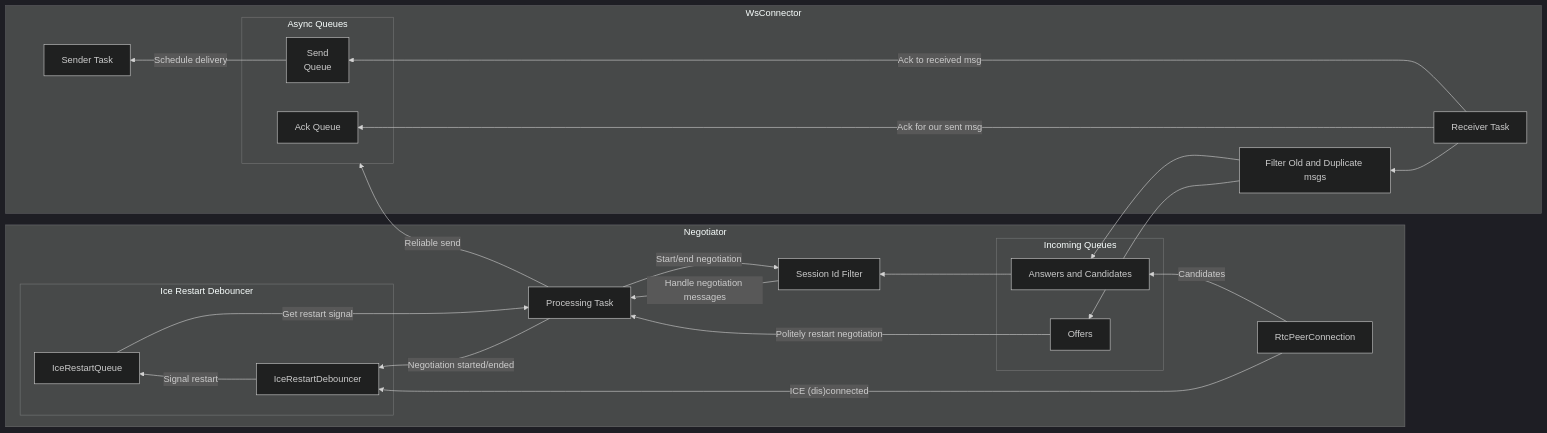
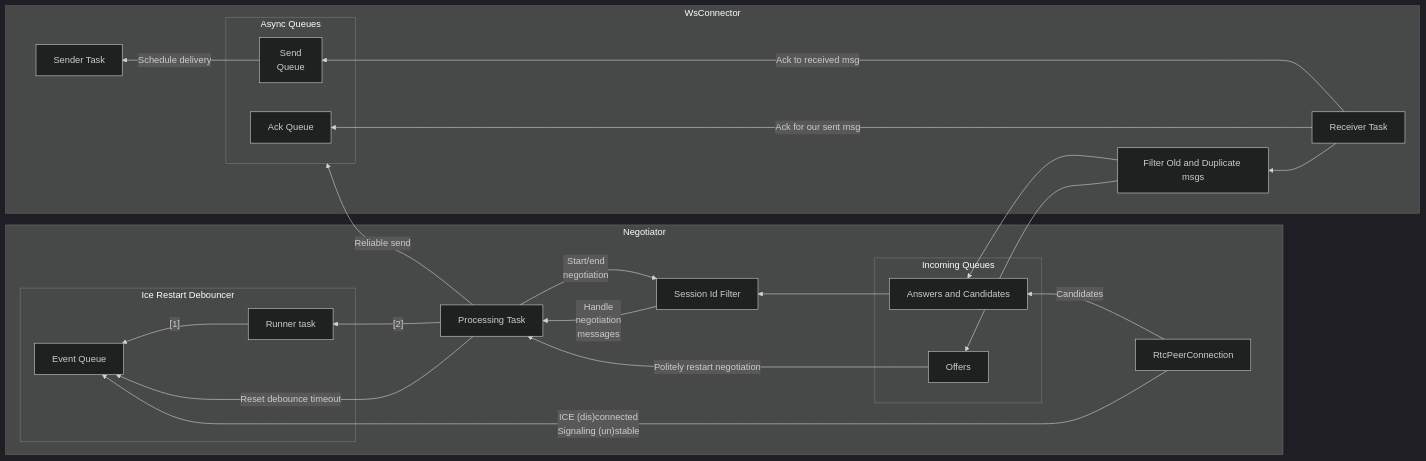
Before and after one commit to vk-swd/vamp: the fourth of 5 diagrams in src-tauri/rtc/memo.md, drawn with Mermaid (dark theme). The commit also changed other lines of this file, not shown here.

Commit message:
negotiator flwochart update

````diff
--- a/src-tauri/rtc/memo.md
+++ b/src-tauri/rtc/memo.md
@@ -144,47 +144,49 @@
 ```mermaid
 flowchart RL
     subgraph Block1["Negotiator"]
         subgraph IQ["Incoming Queues"]
             A1["Answers and Candidates"]
             A12["Offers"]
         end
         A2["Processing Task"]
         subgraph Db["Ice Restart Debouncer"]
-            A11["IceRestartQueue"]
-            A22["IceRestartDebouncer"]
+            A11["Runner task"]
+            A22["Event Queue"]
         end
         A3["Session Id Filter"]
         A4["RtcPeerConnection"]
 
         A12 -->|Politely restart negotiation| A2
         A4 -->|Candidates| A1
         A1 -->A3
-        A3 -->|Handle negotiation messages| A2
-        A4 -->|"ICE (dis)connected"| A22
-        A2 -->|"Negotiation started/ended"| A22
-        A22 -->|"Signal restart"| A11
-        A11--> |"Get restart signal"| A2
-        A2 -->|Start/end negotiation| A3
+        A3 -->|Handle<br>negotiation<br>messages| A2
+        A4 -->|"ICE (dis)connected <br> Signaling (un)stable"| A22
+
+        A2 -->|"Reset debounce timeout"| A22
+
+        A11 --> |"[1]"| A22
+        A2--> |"[2]"| A11
+        A2 -->|Start/end<br>negotiation| A3
     end
 
    
 
     subgraph wsc["WsConnector"]
         subgraph queues["Async Queues"]
             C1["Send<br>Queue"]
             C2["Ack Queue"]
         end
         C4["Sender Task"]
         C5["Receiver Task"]
         C6["Filter Old and Duplicate msgs"]
         C1-->|Schedule delivery|C4
         C5-->C6
         C6-->A1
         C6 --> A12
         C5-->|Ack for our sent msg|C2
         C5-->|Ack to received msg|C1
     end
 
     A2 --> |Reliable send| queues
     
 ```
````
